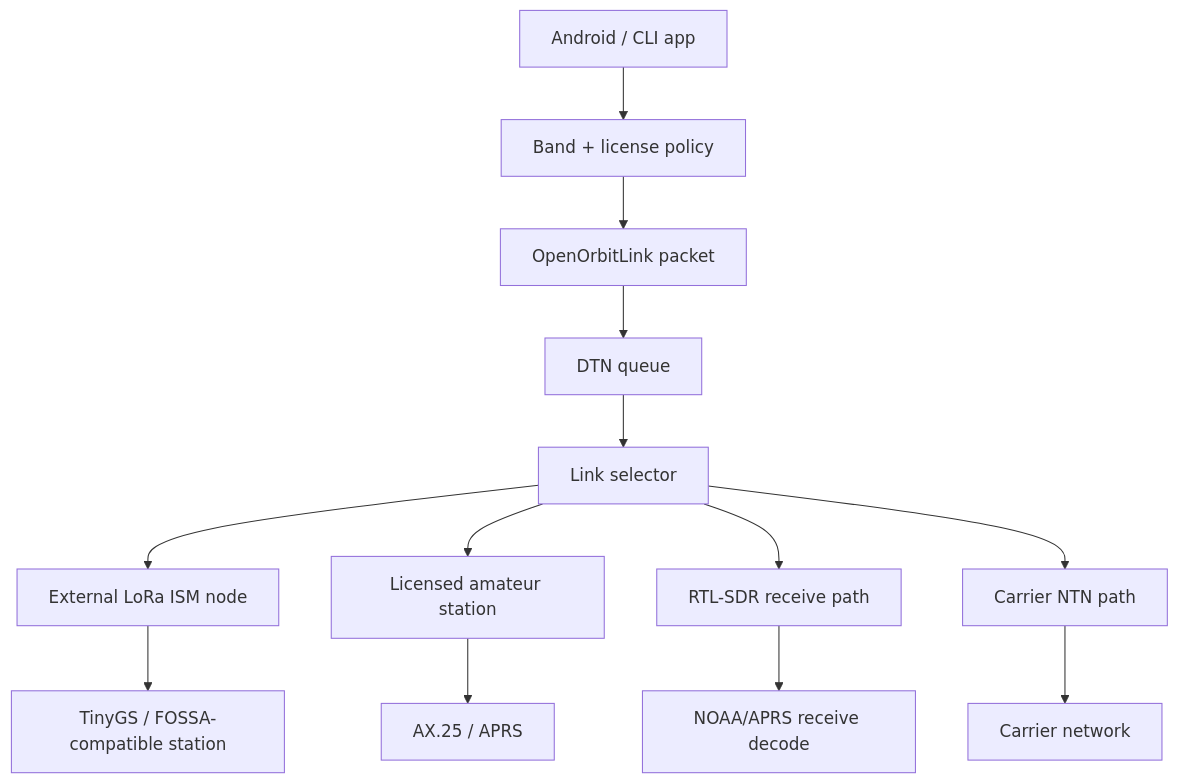
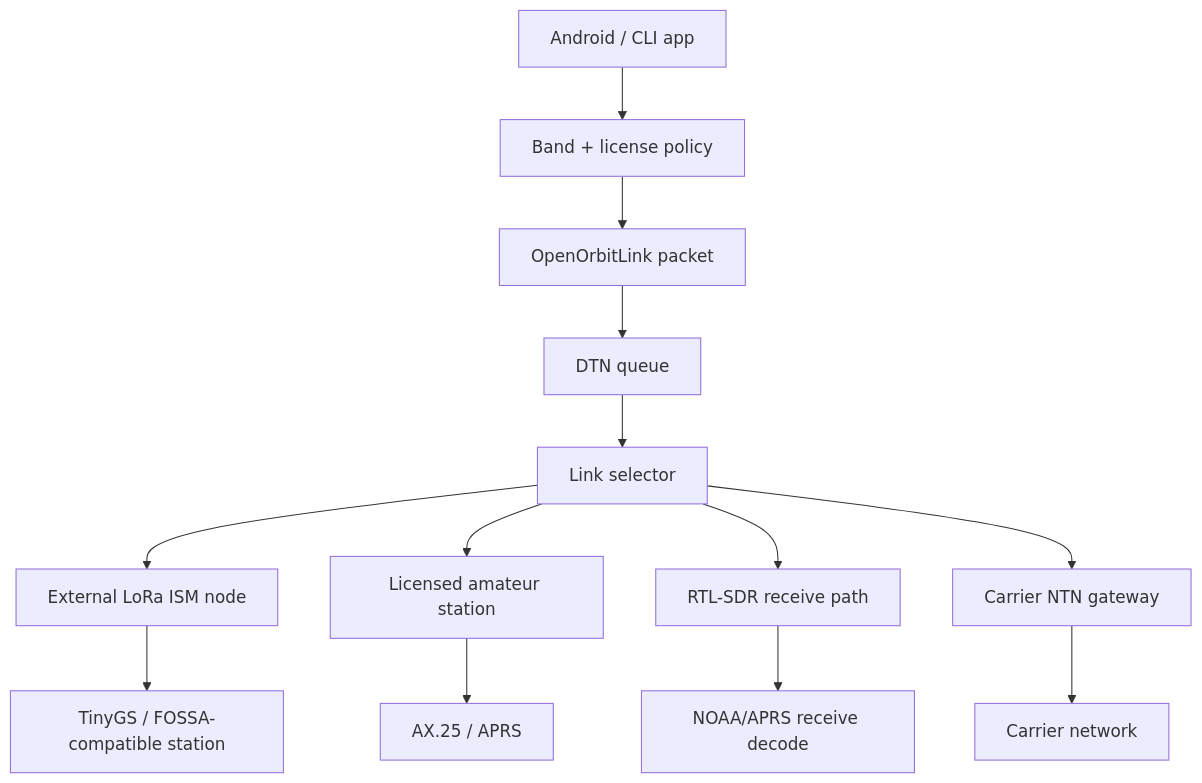
The first of 2 diagrams in docs/architecture.md (Ashutosh0x/OpenOrbitLink), drawn with Mermaid before and after one commit. The commit also changed other lines of this file and 12 other files, not shown here.

First line of the commit message:
Add carrier NTN gateway path

````diff
--- a/docs/architecture.md
+++ b/docs/architecture.md
@@ -9,15 +9,15 @@
 ```mermaid
 flowchart TB
     App["Android / CLI app"] --> Policy["Band + license policy"]
     Policy --> Packet["OpenOrbitLink packet"]
     Packet --> DTN["DTN queue"]
     DTN --> Selector["Link selector"]
     Selector --> LoRa["External LoRa ISM node"]
     Selector --> Ham["Licensed amateur station"]
     Selector --> RX["RTL-SDR receive path"]
-    Selector --> NTN["Carrier NTN path"]
+    Selector --> NTN["Carrier NTN gateway"]
     LoRa --> TinyGS["TinyGS / FOSSA-compatible station"]
     Ham --> APRS["AX.25 / APRS"]
     RX --> Decode["NOAA/APRS receive decode"]
     NTN --> Carrier["Carrier network"]
 ```
````
